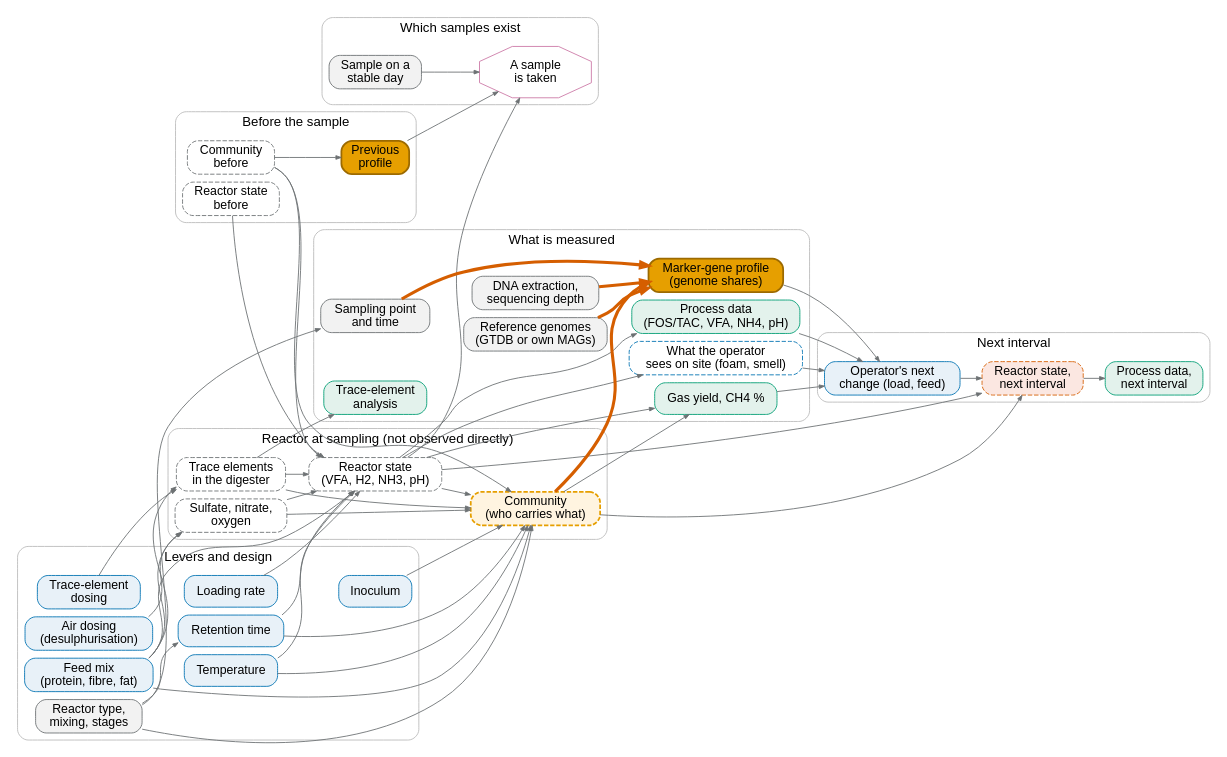
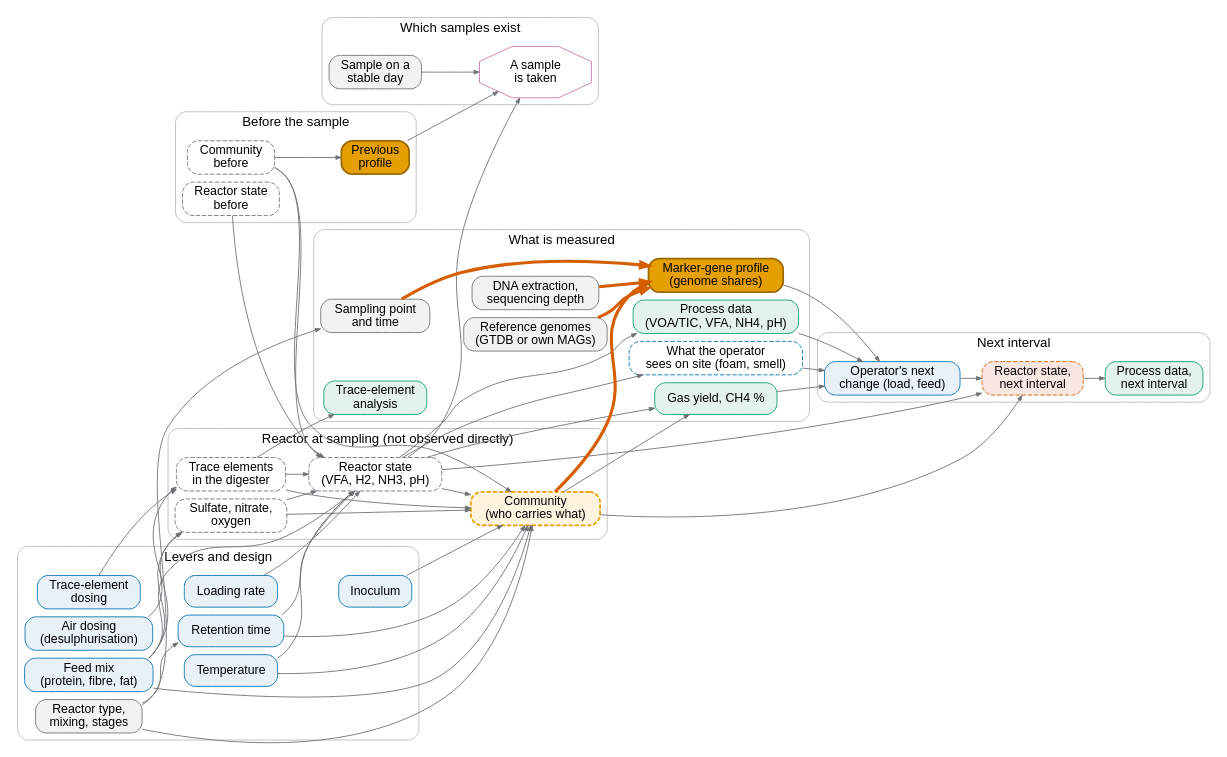
One commit to tpall/digestome changed the diagram in manuscript/dag/dag.dot. Above: the diagram before and after it, drawn with Graphviz. The commit also changed 10 other files, not shown here.

First line of the commit message:
Manuscript, referee round 3: reduced Figure 4, full graph as Figure S1, abstract sentence

```diff
--- a/manuscript/dag/dag.dot
+++ b/manuscript/dag/dag.dot
@@ -1,89 +1,89 @@
 digraph G {
   rankdir=LR; newrank=true; nodesep=0.12; ranksep=0.35;
   node [shape=box, style="rounded,filled", fontname="Helvetica", fontsize=14, margin="0.12,0.06"];
   edge [color="#6D7173", arrowsize=0.6];
   subgraph cluster_1 { label="Before the sample"; fontname="Helvetica"; fontsize=15; color="#BBBBBB"; style="rounded";
   state_0 [label="Reactor state\nbefore", fillcolor="#FFFFFF", color="#6D7173", style="rounded,dashed,filled"];
   comm_0 [label="Community\nbefore", fillcolor="#FFFFFF", color="#6D7173", style="rounded,dashed,filled"];
   dna_0 [label="Previous\nprofile", fillcolor="#E69F00", color="#9C6A00", fontcolor="#000000", penwidth=2];
   }
   subgraph cluster_2 { label="Levers and design"; fontname="Helvetica"; fontsize=15; color="#BBBBBB"; style="rounded";
   feed [label="Feed mix\n(protein, fibre, fat)", fillcolor="#E8F1F8", color="#0072B2"];
   olr [label="Loading rate", fillcolor="#E8F1F8", color="#0072B2"];
   hrt [label="Retention time", fillcolor="#E8F1F8", color="#0072B2"];
   temp [label="Temperature", fillcolor="#E8F1F8", color="#0072B2"];
   te_dose [label="Trace-element\ndosing", fillcolor="#E8F1F8", color="#0072B2"];
   inoc [label="Inoculum", fillcolor="#E8F1F8", color="#0072B2"];
   air [label="Air dosing\n(desulphurisation)", fillcolor="#E8F1F8", color="#0072B2"];
   reactor [label="Reactor type,\nmixing, stages", fillcolor="#F2F2F2", color="#6D7173"];
   }
   subgraph cluster_3 { label="Reactor at sampling (not observed directly)"; fontname="Helvetica"; fontsize=15; color="#BBBBBB"; style="rounded";
   te [label="Trace elements\nin the digester", fillcolor="#FFFFFF", color="#6D7173", style="rounded,dashed,filled"];
   acceptor [label="Sulfate, nitrate,\noxygen", fillcolor="#FFFFFF", color="#6D7173", style="rounded,dashed,filled"];
   state [label="Reactor state\n(VFA, H2, NH3, pH)", fillcolor="#FFFFFF", color="#6D7173", style="rounded,dashed,filled"];
   comm [label="Community\n(who carries what)", fillcolor="#FFF4E0", color="#E69F00", style="rounded,dashed,filled", penwidth=2];
   }
   subgraph cluster_4 { label="What is measured"; fontname="Helvetica"; fontsize=15; color="#BBBBBB"; style="rounded";
   sampling [label="Sampling point\nand time", fillcolor="#F2F2F2", color="#6D7173"];
   extract [label="DNA extraction,\nsequencing depth", fillcolor="#F2F2F2", color="#6D7173"];
   ref [label="Reference genomes\n(GTDB or own MAGs)", fillcolor="#F2F2F2", color="#6D7173"];
   dna [label="Marker-gene profile\n(genome shares)", fillcolor="#E69F00", color="#9C6A00", fontcolor="#000000", penwidth=2];
-  proc [label="Process data\n(FOS/TAC, VFA, NH4, pH)", fillcolor="#E3F2EC", color="#009E73"];
+  proc [label="Process data\n(VOA/TIC, VFA, NH4, pH)", fillcolor="#E3F2EC", color="#009E73"];
   te_meas [label="Trace-element\nanalysis", fillcolor="#E3F2EC", color="#009E73"];
   gas [label="Gas yield, CH4 %", fillcolor="#E3F2EC", color="#009E73"];
   cue [label="What the operator\nsees on site (foam, smell)", fillcolor="#FFFFFF", color="#0072B2", style="rounded,dashed,filled"];
   }
   subgraph cluster_5 { label="Which samples exist"; fontname="Helvetica"; fontsize=15; color="#BBBBBB"; style="rounded";
   goodday [label="Sample on a\nstable day", fillcolor="#F2F2F2", color="#6D7173"];
   sampled [label="A sample\nis taken", fillcolor="#FFFFFF", color="#CC79A7", shape=octagon, style="filled"];
   }
   subgraph cluster_6 { label="Next interval"; fontname="Helvetica"; fontsize=15; color="#BBBBBB"; style="rounded";
   decision [label="Operator's next\nchange (load, feed)", fillcolor="#E8F1F8", color="#0072B2"];
   state_1 [label="Reactor state,\nnext interval", fillcolor="#FBE7E1", color="#D55E00", style="rounded,dashed,filled"];
   proc_1 [label="Process data,\nnext interval", fillcolor="#E3F2EC", color="#009E73"];
   }
   feed -> state;
   olr -> state;
   hrt -> state;
   temp -> state;
   te -> state;
   acceptor -> state;
   state_0 -> state;
   comm_0 -> state;
   feed -> te;
   te_dose -> te;
   feed -> acceptor;
   air -> acceptor;
   comm_0 -> comm;
   feed -> comm;
   state -> comm;
   temp -> comm;
   hrt -> comm;
   te -> comm;
   acceptor -> comm;
   inoc -> comm;
   reactor -> hrt;
   reactor -> comm;
   reactor -> sampling;
   comm -> dna [color="#D55E00", penwidth=3.5, arrowsize=0.9];
   sampling -> dna [color="#D55E00", penwidth=3.5, arrowsize=0.9];
   extract -> dna [color="#D55E00", penwidth=3.5, arrowsize=0.9];
   ref -> dna [color="#D55E00", penwidth=3.5, arrowsize=0.9];
   state -> proc;
   te -> te_meas;
   comm -> gas;
   state -> gas;
   proc -> decision;
   dna -> decision;
   gas -> decision;
   state -> cue;
   cue -> decision;
   state -> sampled;
   goodday -> sampled;
   dna_0 -> sampled;
   comm_0 -> dna_0;
   state_1 -> proc_1;
   state -> state_1;
   comm -> state_1;
   decision -> state_1;
 }
```
